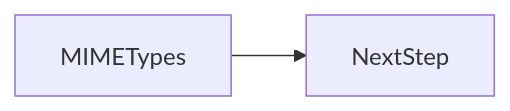
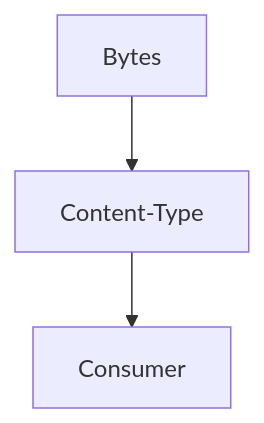
Before and after one commit to OmidJavaherii/Frontend-Engineering-Handbook: the second of 3 diagrams in docs/en/25-appendix/mime-types/index.md, drawn with Mermaid. The commit also changed other lines of this file and 461 other files, not shown here.

````diff
--- a/docs/en/25-appendix/mime-types/index.md
+++ b/docs/en/25-appendix/mime-types/index.md
@@ -94,4 +114,5 @@
 ```mermaid
-flowchart LR
-  concept[MIMETypes] --> nextStep[NextStep]
+flowchart TD
+  n0[Bytes] --> n1[Content-Type]
+  n1[Content-Type] --> n2[Consumer]
 ```
````
